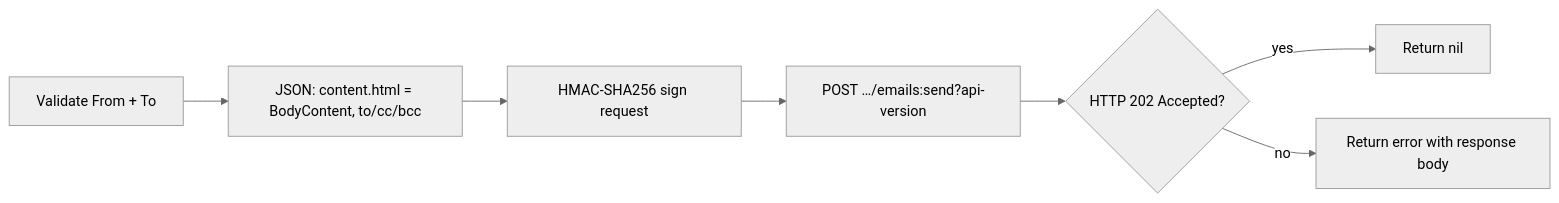
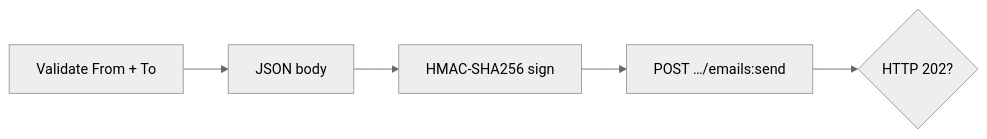
The third of 3 diagrams in docs/EMAIL_WORKER.md (Marimuthu-Dev/B2B-Aggregator-APIs), drawn with Mermaid (neutral theme) before and after one commit. The commit also changed other lines of this file and 3 other files, not shown here.

````diff
--- a/docs/EMAIL_WORKER.md
+++ b/docs/EMAIL_WORKER.md
@@ -209,9 +155,7 @@
 ```mermaid
 flowchart LR
-  V[Validate From + To] --> J[JSON: content.html = BodyContent, to/cc/bcc]
-  J --> H[HMAC-SHA256 sign request]
-  H --> POST["POST …/emails:send?api-version"]
-  POST --> R{HTTP 202 Accepted?}
-  R -->|yes| OK[Return nil]
-  R -->|no| ERR[Return error with response body]
+  V[Validate From + To] --> J[JSON body]
+  J --> H[HMAC-SHA256 sign]
+  H --> POST["POST …/emails:send"]
+  POST --> R{HTTP 202?}
 ```
````
